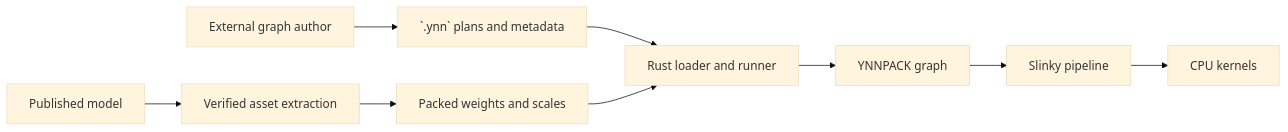
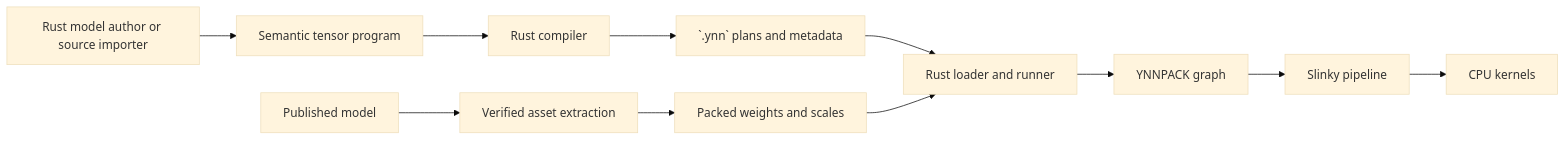
Before and after one commit to snnn/ynnpack-model-lab: the diagram in README.md, drawn with Mermaid (base theme). The commit also changed other lines of this file and 6182 other files, not shown here.

Commit message:
Add Rust semantic compiler and Qwen3 model author

````diff
--- a/README.md
+++ b/README.md
@@ -153,11 +158,13 @@
 ```mermaid
 flowchart LR
   W[Published model] --> E[Verified asset extraction]
   E --> A[Packed weights and scales]
-  P[External graph author] --> C[`.ynn` plans and metadata]
+  P[Rust model author or source importer] --> T[Semantic tensor program]
+  T --> B[Rust compiler]
+  B --> C[`.ynn` plans and metadata]
   C --> R[Rust loader and runner]
   A --> R
   R --> Y[YNNPACK graph]
   Y --> S[Slinky pipeline]
   S --> K[CPU kernels]
 ```
````
